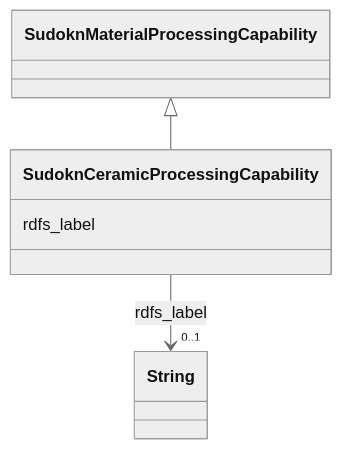
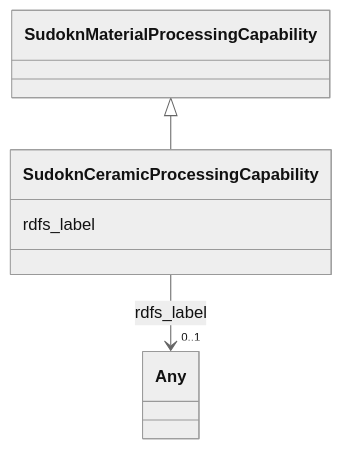
The diagram in sudokn-kg/classes/SudoknCeramicProcessingCapability.md (frink-okn/graph-descriptions), drawn with Mermaid (neutral theme) before and after one commit. The commit also changed other lines of this file and 903 other files, not shown here.

````diff
--- a/sudokn-kg/classes/SudoknCeramicProcessingCapability.md
+++ b/sudokn-kg/classes/SudoknCeramicProcessingCapability.md
@@ -23,18 +18,18 @@
 ```mermaid
  classDiagram
     class SudoknCeramicProcessingCapability
     click SudoknCeramicProcessingCapability href "../SudoknCeramicProcessingCapability"
       SudoknMaterialProcessingCapability <|-- SudoknCeramicProcessingCapability
         click SudoknMaterialProcessingCapability href "../SudoknMaterialProcessingCapability"
       
       SudoknCeramicProcessingCapability : rdfs_label
         
           
     
     
-    SudoknCeramicProcessingCapability --> "0..1" String : rdfs_label
-    click String href "../String"
+    SudoknCeramicProcessingCapability --> "0..1" Any : rdfs_label
+    click Any href "../Any"
 
         
       
 ```
````
